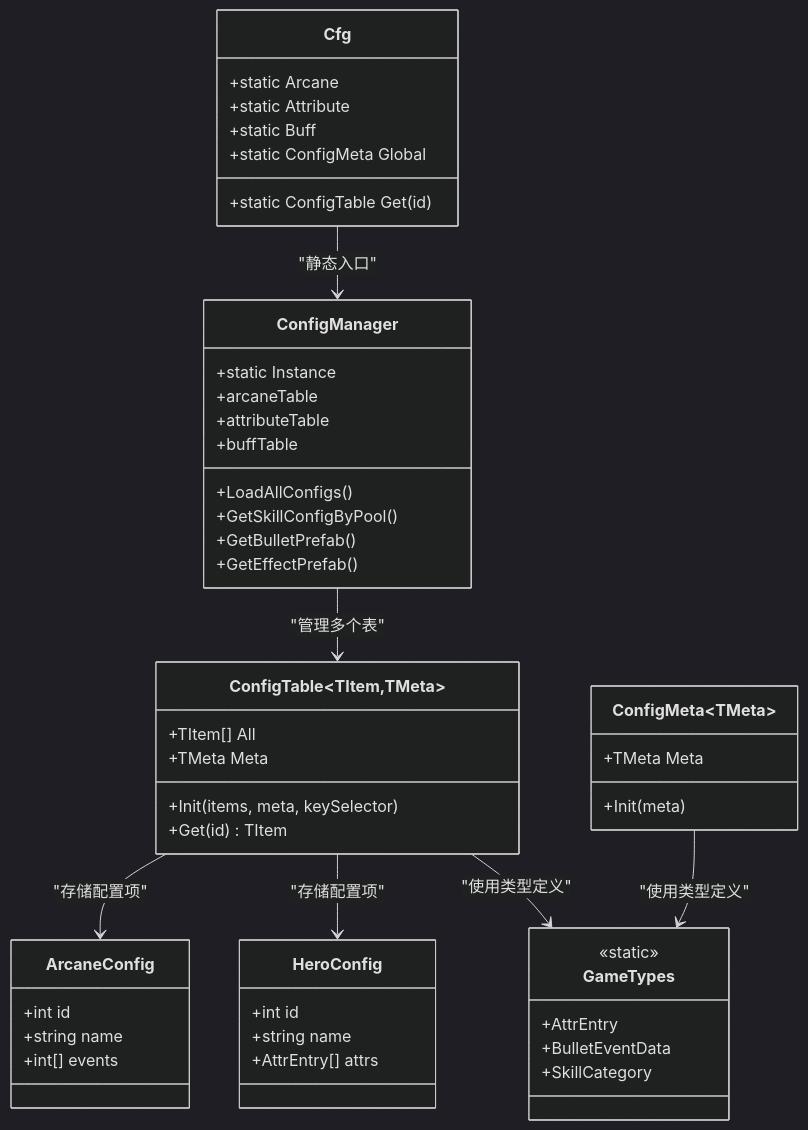
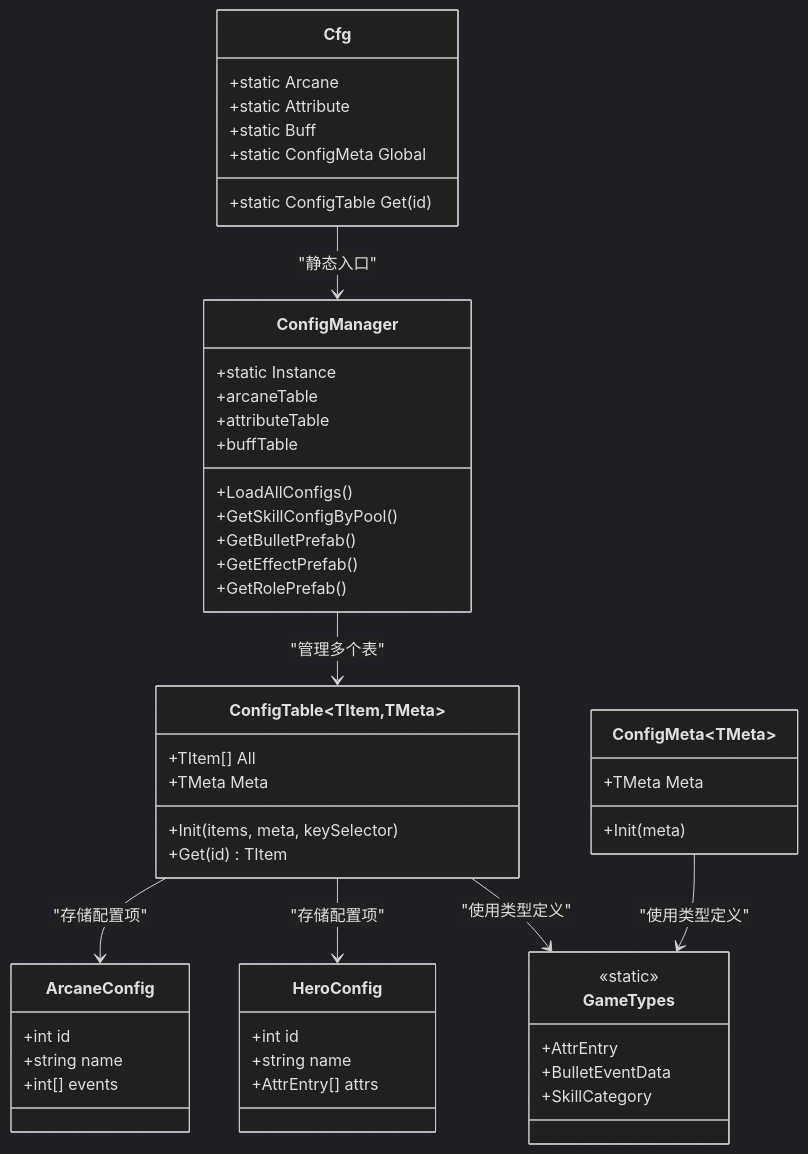
The second of 8 diagrams in .qoder/repowiki/zh/content/Old Configuration System.md (Tuusen/p1_client), drawn with Mermaid (dark theme) before and after one commit. The commit also changed other lines of this file and 14 other files, not shown here.

````diff
--- a/.qoder/repowiki/zh/content/Old Configuration System.md
+++ b/.qoder/repowiki/zh/content/Old Configuration System.md
@@ -162,52 +164,53 @@
 ```mermaid
 classDiagram
 class Cfg {
 +static Arcane
 +static Attribute
 +static Buff
 +static ConfigTable Get(id)
 +static ConfigMeta Global
 }
 class ConfigManager {
 +static Instance
 +arcaneTable
 +attributeTable
 +buffTable
 +LoadAllConfigs()
 +GetSkillConfigByPool()
 +GetBulletPrefab()
 +GetEffectPrefab()
++GetRolePrefab()
 }
 class ConfigTable~TItem,TMeta~ {
 +TItem[] All
 +TMeta Meta
 +Init(items, meta, keySelector)
 +Get(id) TItem
 }
 class ConfigMeta~TMeta~ {
 +TMeta Meta
 +Init(meta)
 }
 class ArcaneConfig {
 +int id
 +string name
 +int[] events
 }
 class HeroConfig {
 +int id
 +string name
 +AttrEntry[] attrs
 }
 class GameTypes {
 <<static>>
 +AttrEntry
 +BulletEventData
 +SkillCategory
 }
 Cfg --> ConfigManager : "静态入口"
 ConfigManager --> ConfigTable : "管理多个表"
 ConfigTable --> ArcaneConfig : "存储配置项"
 ConfigTable --> HeroConfig : "存储配置项"
 ConfigTable --> GameTypes : "使用类型定义"
 ConfigMeta --> GameTypes : "使用类型定义"
 ```
````
